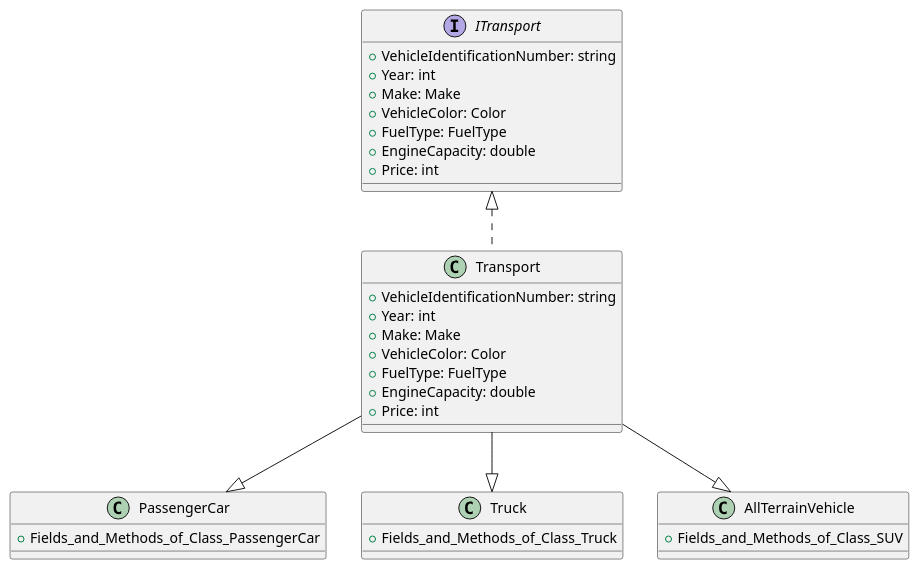
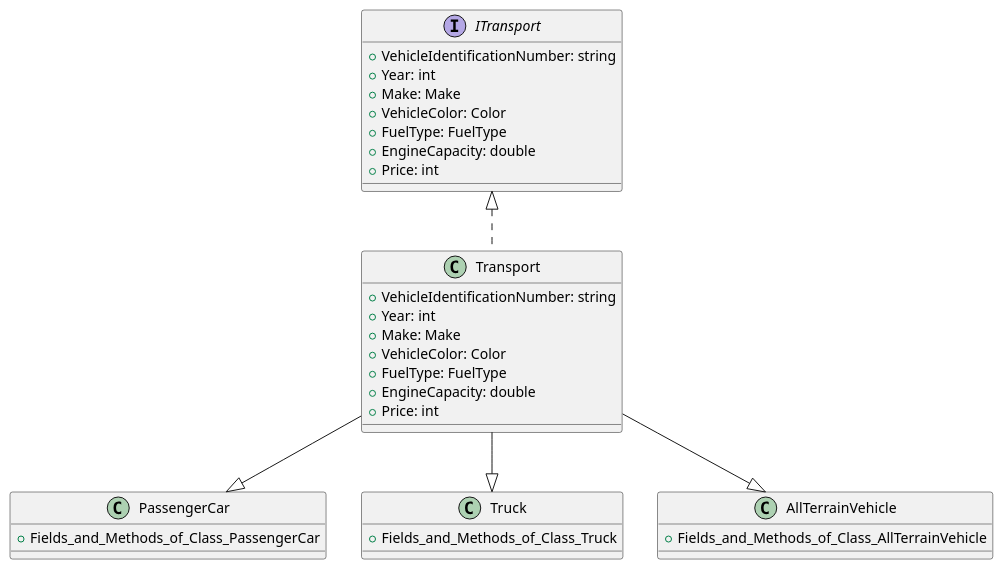
Before and after one commit to andriiiiiko/mpt-lab-5: the diagram in Diagrams/Puml_files/transport_hierarchy.puml, drawn with PlantUML.

Commit message:
Updated diagram

```diff
--- a/Diagrams/Puml_files/transport_hierarchy.puml
+++ b/Diagrams/Puml_files/transport_hierarchy.puml
@@ -1,40 +1,40 @@
 @startuml
 
 interface ITransport {
      + VehicleIdentificationNumber: string
      + Year: int
      + Make: Make
      + VehicleColor: Color
      + FuelType: FuelType
      + EngineCapacity: double
      + Price: int
 }
 
 class Transport {
     + VehicleIdentificationNumber: string
     + Year: int
     + Make: Make
     + VehicleColor: Color
     + FuelType: FuelType
     + EngineCapacity: double
     + Price: int
 }
 
 class PassengerCar {
     + Fields_and_Methods_of_Class_PassengerCar
 }
 
 class Truck {
     + Fields_and_Methods_of_Class_Truck
 }
 
 class AllTerrainVehicle {
-    + Fields_and_Methods_of_Class_SUV
+    + Fields_and_Methods_of_Class_AllTerrainVehicle
 }
 
 ITransport <|.. Transport
 Transport --|> PassengerCar
 Transport --|> Truck
 Transport --|> AllTerrainVehicle
 
 @enduml
```
